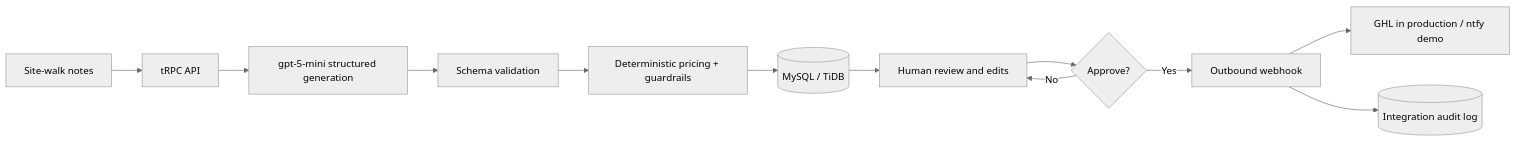
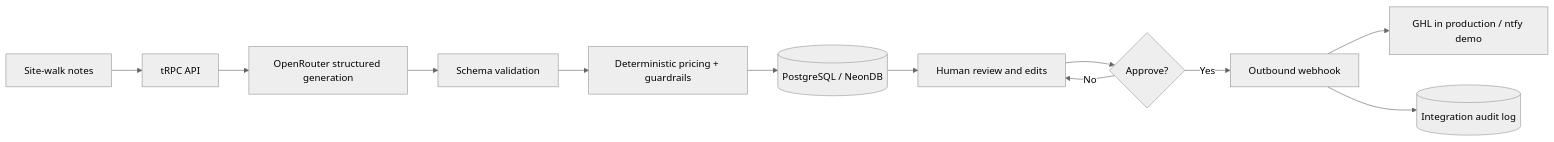
Before and after one commit to denniarems/greenscape-quoteflow: the diagram in ARCHITECTURE.md, drawn with Mermaid (neutral theme). The commit also changed other lines of this file and 5 other files, not shown here.

First line of the commit message:
docs: update docs for Neon persistence and OpenRouter calls

````diff
--- a/ARCHITECTURE.md
+++ b/ARCHITECTURE.md
@@ -5,14 +5,14 @@
 ```mermaid
 flowchart LR
   A[Site-walk notes] --> B[tRPC API]
-  B --> C[gpt-5-mini structured generation]
+  B --> C[OpenRouter structured generation]
   C --> D[Schema validation]
   D --> E[Deterministic pricing + guardrails]
-  E --> F[(MySQL / TiDB)]
+  E --> F[(PostgreSQL / NeonDB)]
   F --> G[Human review and edits]
   G --> H{Approve?}
   H -->|No| G
   H -->|Yes| I[Outbound webhook]
   I --> J[GHL in production / ntfy demo]
   I --> K[(Integration audit log)]
 ```
````
